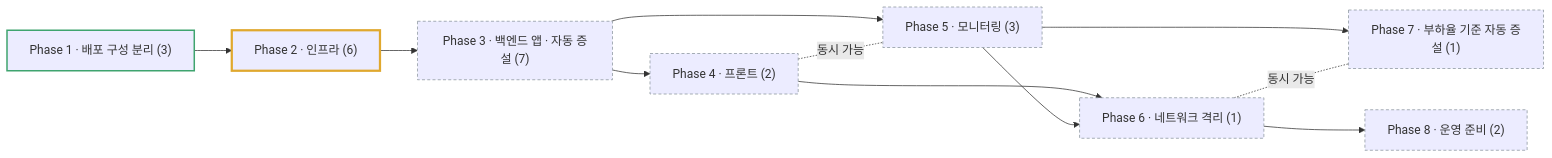
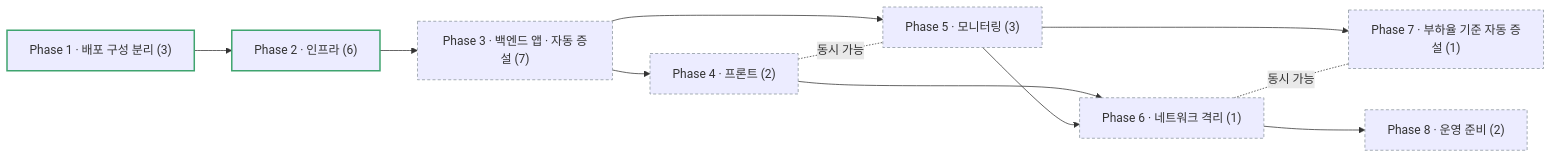
Before and after one commit to HaSungJe/deskless: the diagram in .beaver/output/roadmap/k8s-roadmap.md, drawn with Mermaid. The commit also changed other lines of this file and 2 other files, not shown here.

````diff
--- a/.beaver/output/roadmap/k8s-roadmap.md
+++ b/.beaver/output/roadmap/k8s-roadmap.md
@@ -9,16 +9,16 @@
 ```mermaid
 flowchart LR
-  P1["Phase 1 · 배포 구성 분리 (3)"]:::done --> P2["Phase 2 · 인프라 (6)"]:::inprog
+  P1["Phase 1 · 배포 구성 분리 (3)"]:::done --> P2["Phase 2 · 인프라 (6)"]:::done
   P2 --> P3["Phase 3 · 백엔드 앱 · 자동 증설 (7)"]:::todo
   P3 --> P4["Phase 4 · 프론트 (2)"]:::todo
   P3 --> P5["Phase 5 · 모니터링 (3)"]:::todo
   P4 -. 동시 가능 .- P5
   P4 --> P6["Phase 6 · 네트워크 격리 (1)"]:::todo
   P5 --> P6
   P5 --> P7["Phase 7 · 부하율 기준 자동 증설 (1)"]:::todo
   P6 -. 동시 가능 .- P7
   P6 --> P8["Phase 8 · 운영 준비 (2)"]:::todo
   classDef done stroke:#3fa46f,stroke-width:2px
   classDef inprog stroke:#e0a82e,stroke-width:3px
   classDef todo stroke:#8a949c,stroke-width:1px,stroke-dasharray:4 3
 ```
````
